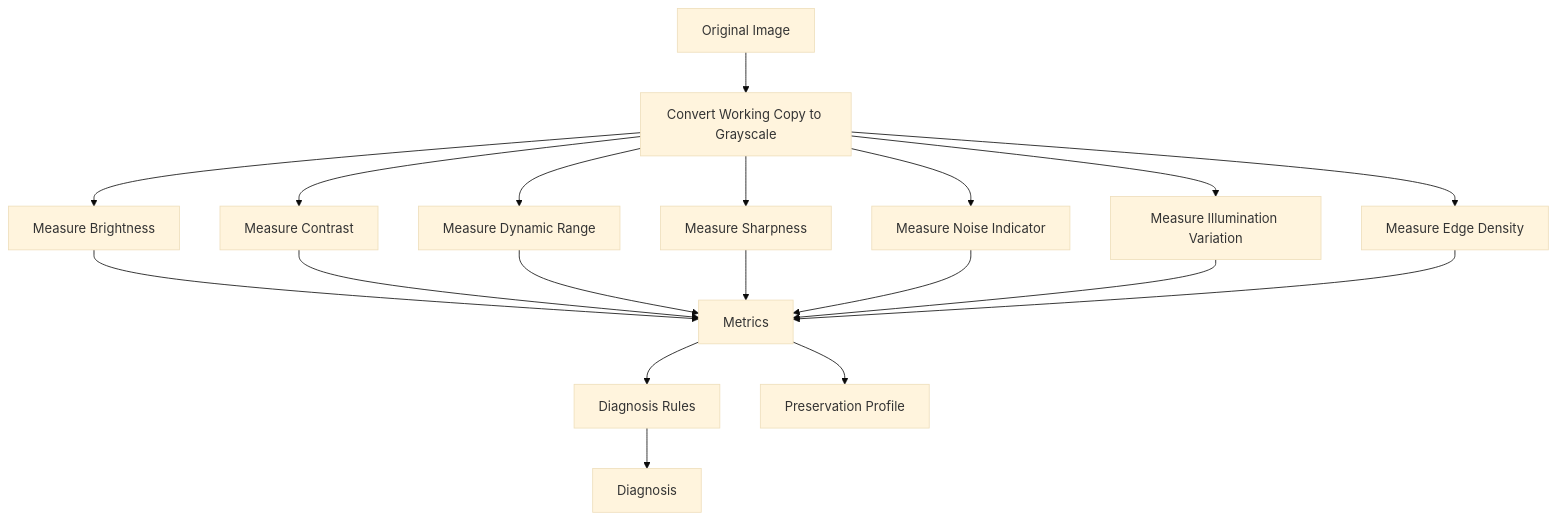
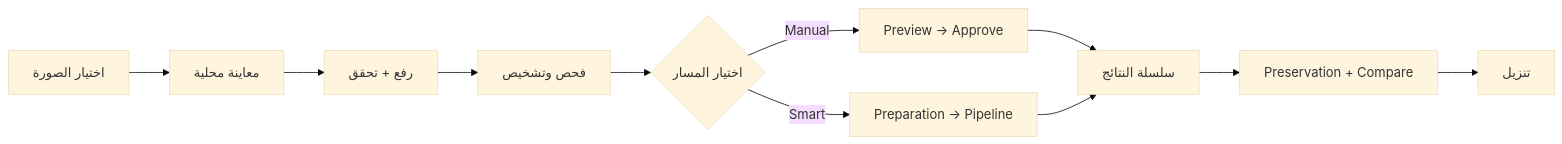
Before and after one commit to Alhareith/manuscript-doctor: the first of 11 diagrams in docs/workflow.md, drawn with Mermaid (base theme). The commit also changed other lines of this file and 168 other files, not shown here.

````diff
--- a/docs/workflow.md
+++ b/docs/workflow.md
@@ -103,23 +13,13 @@
-```mermaid id="wf-examination"
-flowchart TD
-    A["Original Image"] --> B["Convert Working Copy to Grayscale"]
-    B --> C["Measure Brightness"]
-    B --> D["Measure Contrast"]
-    B --> E["Measure Dynamic Range"]
-    B --> F["Measure Sharpness"]
-    B --> G["Measure Noise Indicator"]
-    B --> H["Measure Illumination Variation"]
-    B --> I["Measure Edge Density"]
-
-    C --> J["Metrics"]
-    D --> J
-    E --> J
-    F --> J
-    G --> J
-    H --> J
-    I --> J
-
-    J --> K["Diagnosis Rules"]
-    K --> L["Diagnosis"]
-    J --> M["Preservation Profile"]
+```mermaid
+flowchart LR
+    A["اختيار الصورة"] --> B["معاينة محلية"]
+    B --> C["رفع + تحقق"]
+    C --> D["فحص وتشخيص"]
+    D --> E{"اختيار المسار"}
+    E -->|"Manual"| F["Preview → Approve"]
+    E -->|"Smart"| G["Preparation → Pipeline"]
+    F --> H["سلسلة النتائج"]
+    G --> H
+    H --> I["Preservation + Compare"]
+    I --> J["تنزيل"]
 ```
````
